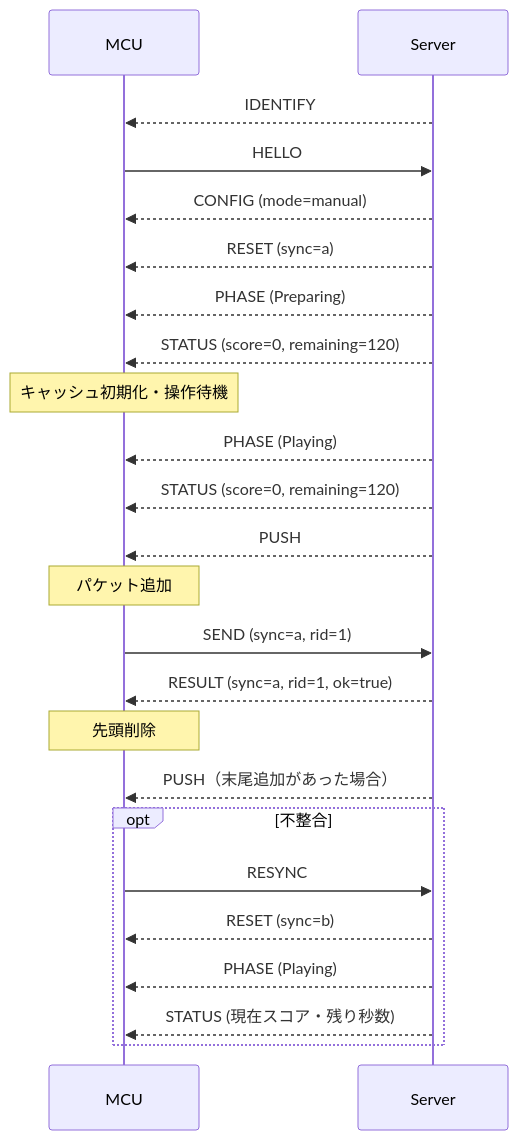
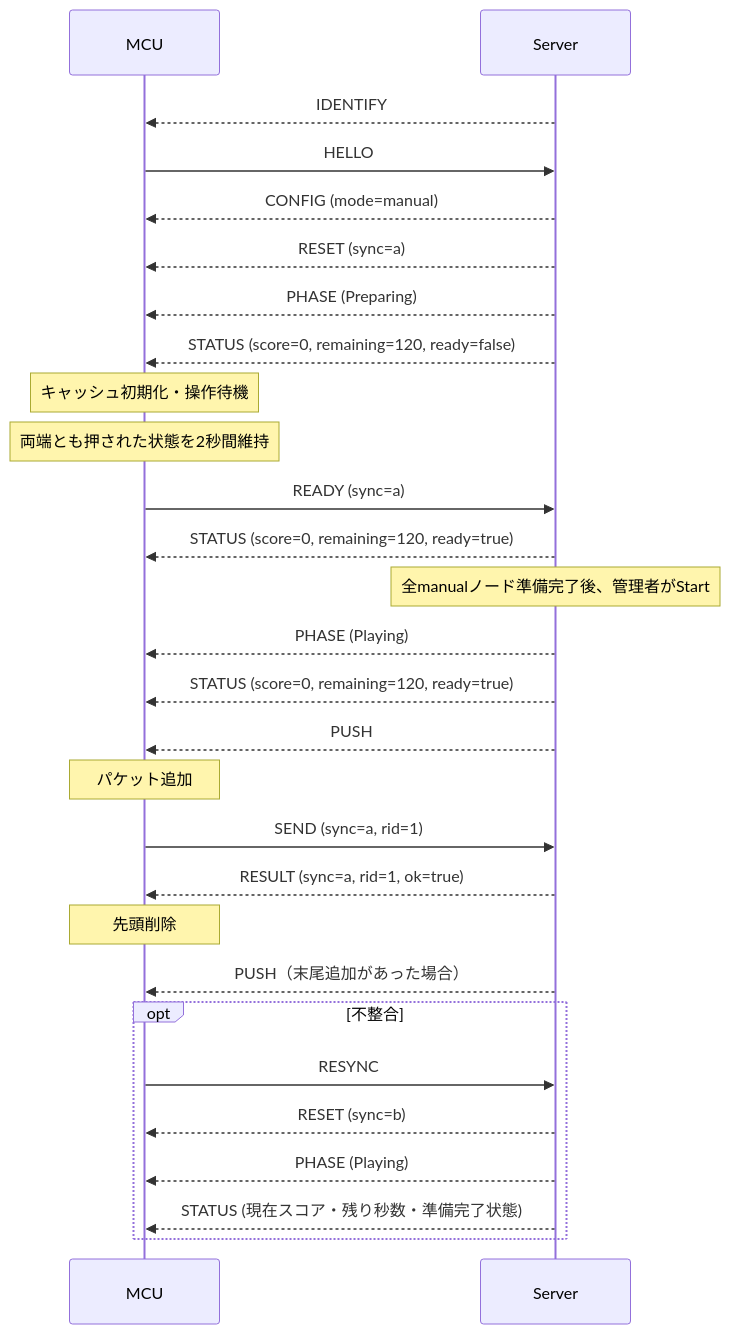
One commit to canta-9142/D4_Exhi changed the diagram in docs/spec/player.md. Above: the diagram before and after it, drawn with Mermaid. The commit also changed other lines of this file and 2 other files, not shown here.

````diff
--- a/docs/spec/player.md
+++ b/docs/spec/player.md
@@ -246,26 +279,30 @@
 ```mermaid
 sequenceDiagram
     participant M as MCU
     participant S as Server
     S-->>M: IDENTIFY
     M->>S: HELLO
     S-->>M: CONFIG (mode=manual)
     S-->>M: RESET (sync=a)
     S-->>M: PHASE (Preparing)
-    S-->>M: STATUS (score=0, remaining=120)
+    S-->>M: STATUS (score=0, remaining=120, ready=false)
     Note over M: キャッシュ初期化・操作待機
+    Note over M: 両端とも押された状態を2秒間維持
+    M->>S: READY (sync=a)
+    S-->>M: STATUS (score=0, remaining=120, ready=true)
+    Note over S: 全manualノード準備完了後、管理者がStart
     S-->>M: PHASE (Playing)
-    S-->>M: STATUS (score=0, remaining=120)
+    S-->>M: STATUS (score=0, remaining=120, ready=true)
     S-->>M: PUSH
     Note over M: パケット追加
     M->>S: SEND (sync=a, rid=1)
     S-->>M: RESULT (sync=a, rid=1, ok=true)
     Note over M: 先頭削除
     S-->>M: PUSH（末尾追加があった場合）
     opt 不整合
         M->>S: RESYNC
         S-->>M: RESET (sync=b)
         S-->>M: PHASE (Playing)
-        S-->>M: STATUS (現在スコア・残り秒数)
+        S-->>M: STATUS (現在スコア・残り秒数・準備完了状態)
     end
 ```
````
